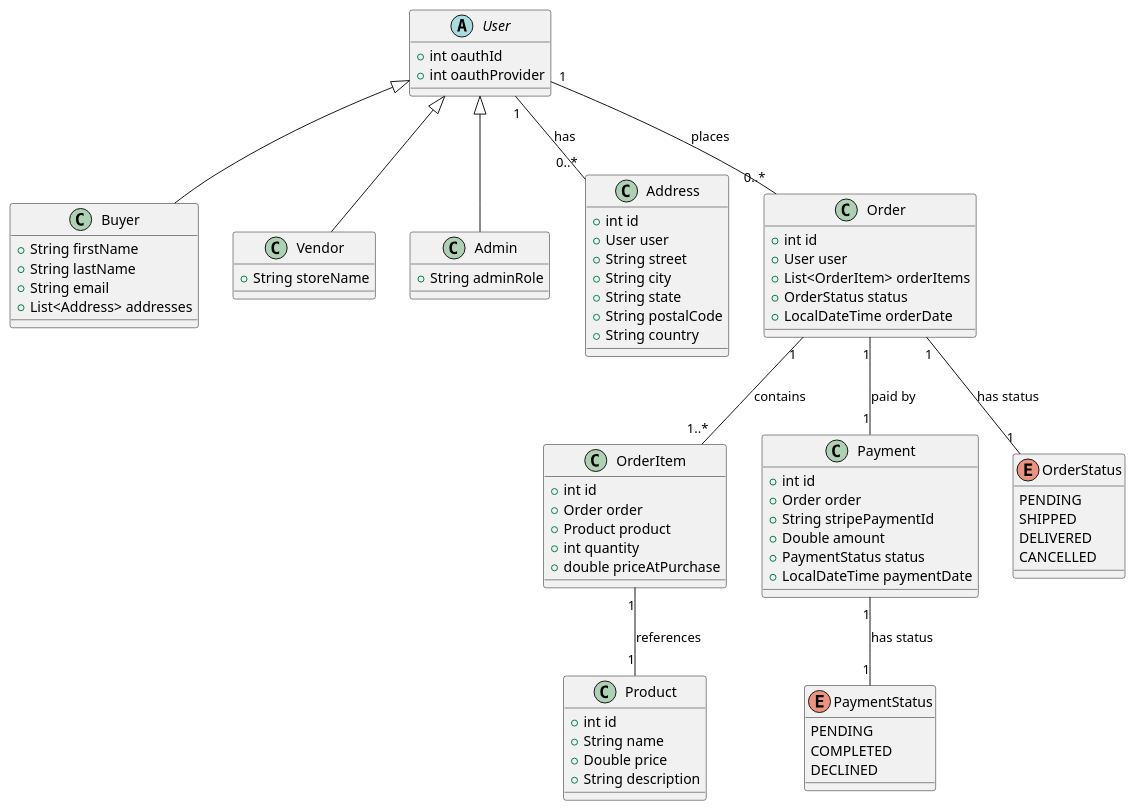
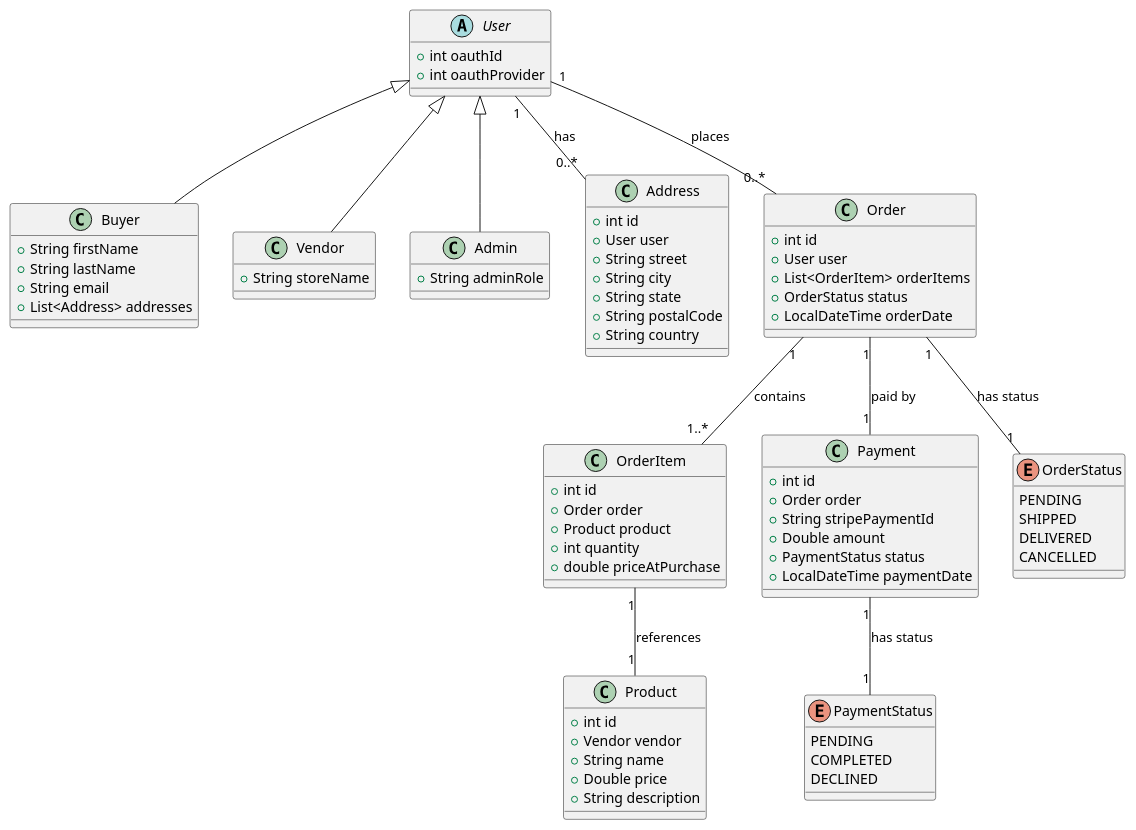
Before and after one commit to ErikH-Dev/amazoff-products: the diagram in src/main/resources/entities.puml, drawn with PlantUML. The commit also changed 43 other files, not shown here.

```diff
--- a/src/main/resources/entities.puml
+++ b/src/main/resources/entities.puml
@@ -1,92 +1,93 @@
 @startuml entities
 ' Define entities
 abstract class User {
     + int oauthId
     + int oauthProvider
 }
 
 class Buyer extends User {
     + String firstName
     + String lastName
     + String email
     + List<Address> addresses
 }
 
 class Vendor extends User {
     + String storeName
 }
 
 class Admin extends User {
     + String adminRole
 }
 
 class Address {
     + int id
     + User user
     + String street
     + String city
     + String state
     + String postalCode
     + String country
 }
 
 class Product {
     + int id
+    + Vendor vendor
     + String name
     + Double price
     + String description
 }
 
 class Order {
     + int id
     + User user
     + List<OrderItem> orderItems
     + OrderStatus status
     + LocalDateTime orderDate
 }
 
 class OrderItem {
     + int id
     + Order order
     + Product product
     + int quantity
     + double priceAtPurchase
 }
 
 class Payment {
     + int id
     + Order order
     + String stripePaymentId
     + Double amount
     + PaymentStatus status
     + LocalDateTime paymentDate
 }
 
 ' Define enums
 
 enum OrderStatus {
     PENDING
     SHIPPED
     DELIVERED
     CANCELLED
 }
 
 enum PaymentStatus {
     PENDING
     COMPLETED
     DECLINED
 }
 
 ' Define relationships
 
 User "1" -- "0..*" Address : has
 User "1" -- "0..*" Order : places
 Order "1" -- "1..*" OrderItem : contains
 OrderItem "1" -- "1" Product : references
 Order "1" -- "1" Payment : paid by
 
 ' Relationships between enums and entities
 Order "1" -- "1" OrderStatus : has status
 Payment "1" -- "1" PaymentStatus : has status
 
 @enduml
```
